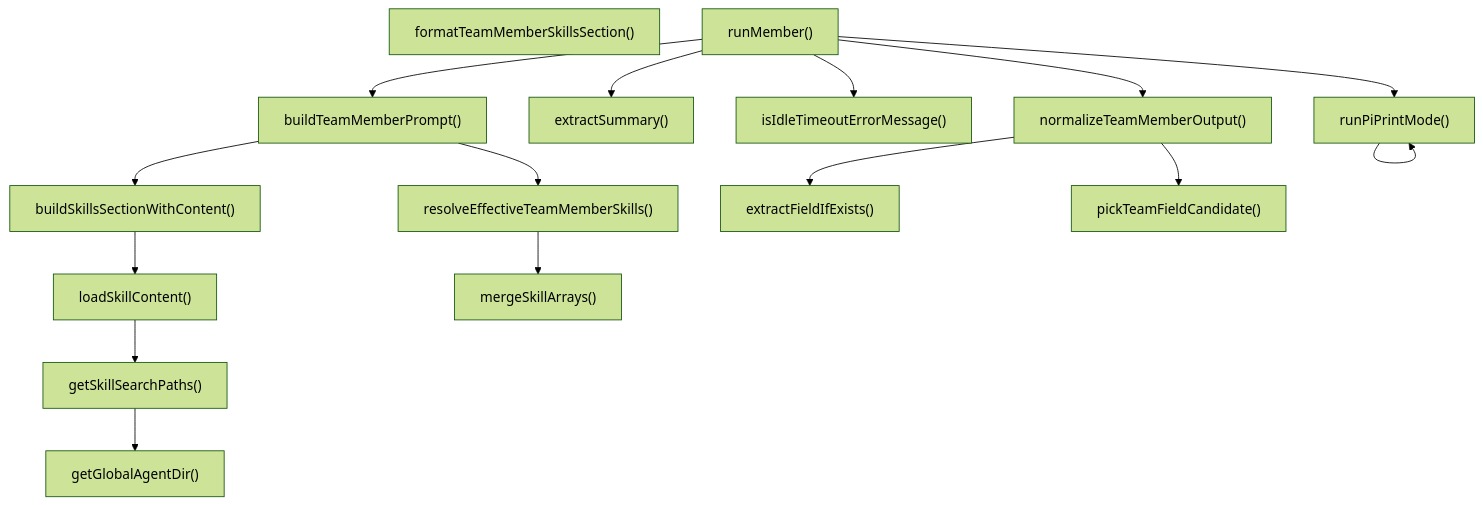
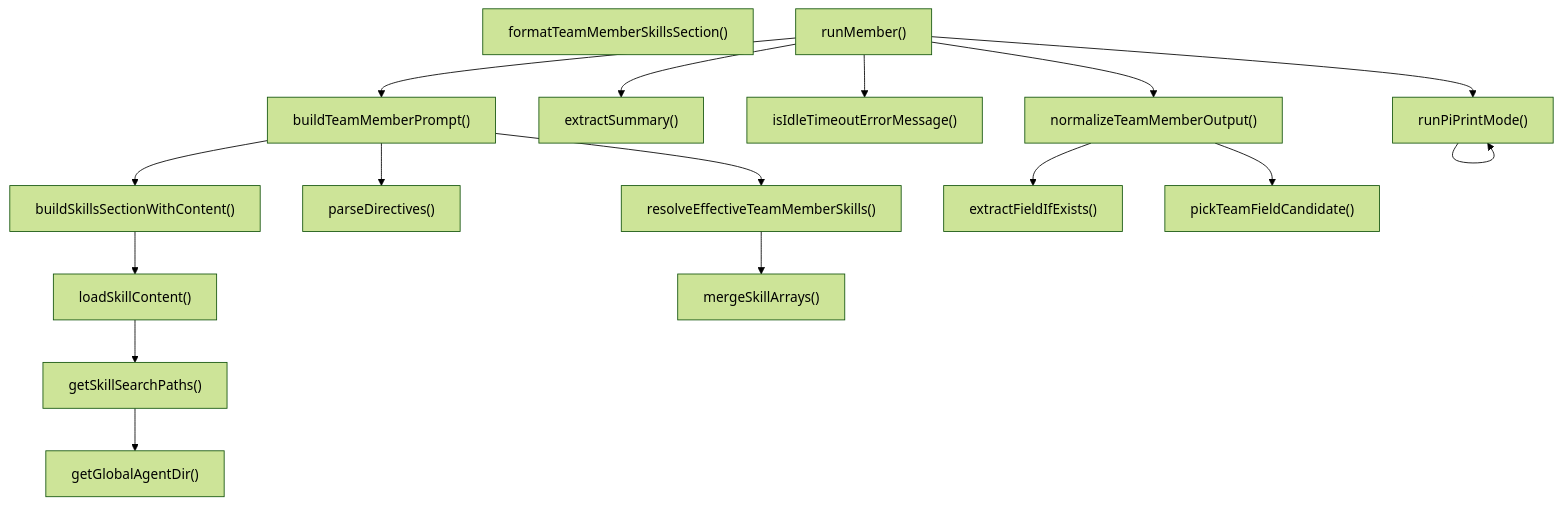
The third of 4 diagrams in ABDD/.pi/extensions/agent-teams/member-execution.md (Mekann2904/mekann), drawn with Mermaid (forest theme) before and after one commit. The commit also changed other lines of this file and 257 other files, not shown here.

````diff
--- a/ABDD/.pi/extensions/agent-teams/member-execution.md
+++ b/ABDD/.pi/extensions/agent-teams/member-execution.md
@@ -75,32 +82,34 @@
 ```mermaid
 flowchart TD
   buildSkillsSectionWithContent["buildSkillsSectionWithContent()"]
   buildTeamMemberPrompt["buildTeamMemberPrompt()"]
   extractFieldIfExists["extractFieldIfExists()"]
   extractSummary["extractSummary()"]
   formatTeamMemberSkillsSection["formatTeamMemberSkillsSection()"]
   getGlobalAgentDir["getGlobalAgentDir()"]
   getSkillSearchPaths["getSkillSearchPaths()"]
   isIdleTimeoutErrorMessage["isIdleTimeoutErrorMessage()"]
   loadSkillContent["loadSkillContent()"]
   mergeSkillArrays["mergeSkillArrays()"]
   normalizeTeamMemberOutput["normalizeTeamMemberOutput()"]
+  parseDirectives["parseDirectives()"]
   pickTeamFieldCandidate["pickTeamFieldCandidate()"]
   resolveEffectiveTeamMemberSkills["resolveEffectiveTeamMemberSkills()"]
   runMember["runMember()"]
   runPiPrintMode["runPiPrintMode()"]
   buildSkillsSectionWithContent --> loadSkillContent
   buildTeamMemberPrompt --> buildSkillsSectionWithContent
+  buildTeamMemberPrompt --> parseDirectives
   buildTeamMemberPrompt --> resolveEffectiveTeamMemberSkills
   getSkillSearchPaths --> getGlobalAgentDir
   loadSkillContent --> getSkillSearchPaths
   normalizeTeamMemberOutput --> extractFieldIfExists
   normalizeTeamMemberOutput --> pickTeamFieldCandidate
   resolveEffectiveTeamMemberSkills --> mergeSkillArrays
   runMember --> buildTeamMemberPrompt
   runMember --> extractSummary
   runMember --> isIdleTimeoutErrorMessage
   runMember --> normalizeTeamMemberOutput
   runMember --> runPiPrintMode
   runPiPrintMode --> runPiPrintMode
 ```
````
